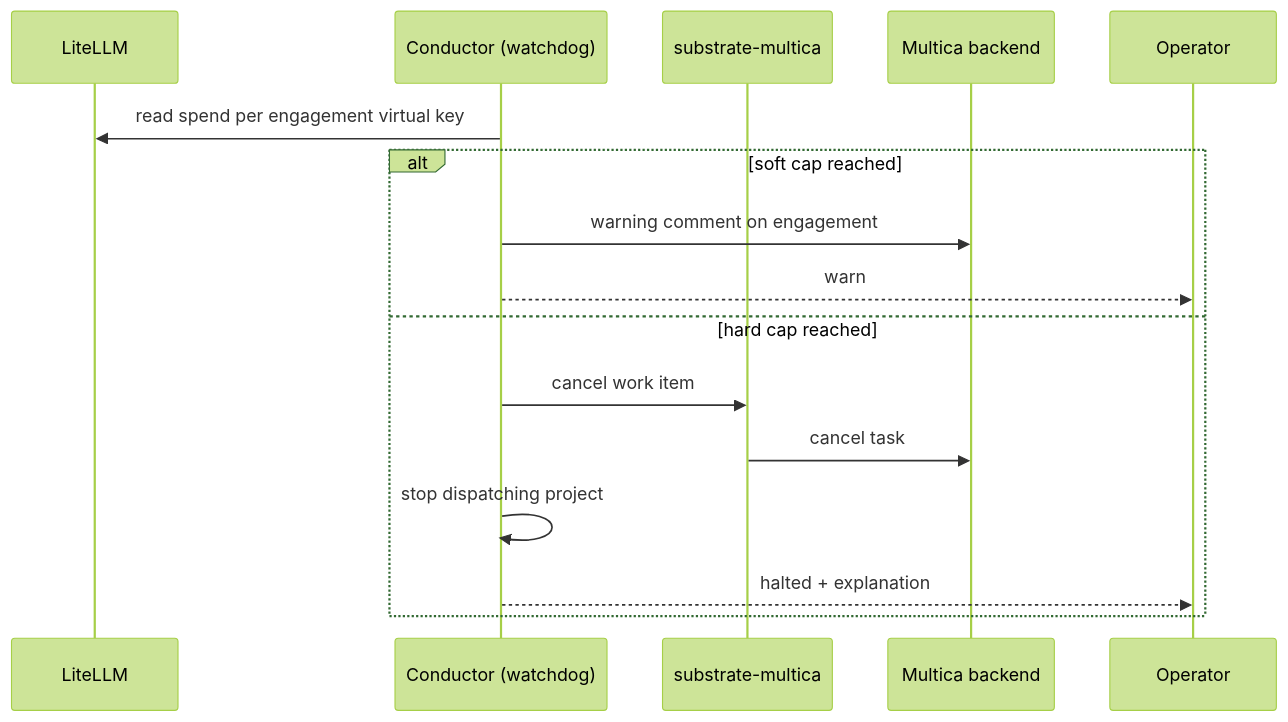
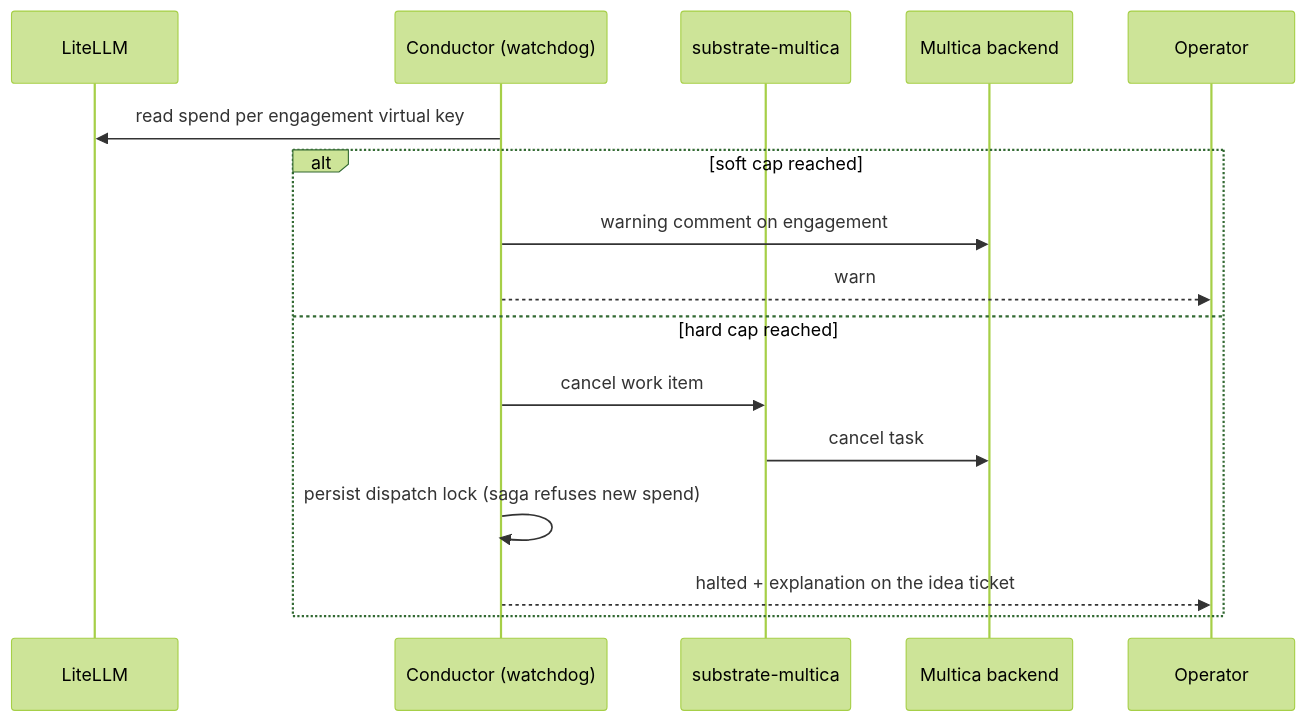
The eighth of 8 diagrams in docs/OVERVIEW.md (maacarbo/guild), drawn with Mermaid (forest theme) before and after one commit. The commit also changed other lines of this file, not shown here.

First line of the commit message:
OVERVIEW: board-mediated F1-F2 (D11/D12), watchdog lock semantics in F7

````diff
--- a/docs/OVERVIEW.md
+++ b/docs/OVERVIEW.md
@@ -226,18 +230,18 @@
 ```mermaid
 sequenceDiagram
     participant LLM as LiteLLM
     participant C as Conductor (watchdog)
     participant A as substrate-multica
     participant BE as Multica backend
     participant OP as Operator
     C->>LLM: read spend per engagement virtual key
     alt soft cap reached
         C->>BE: warning comment on engagement
         C-->>OP: warn
     else hard cap reached
         C->>A: cancel work item
         A->>BE: cancel task
-        C->>C: stop dispatching project
-        C-->>OP: halted + explanation
+        C->>C: persist dispatch lock (saga refuses new spend)
+        C-->>OP: halted + explanation on the idea ticket
     end
 ```
````
